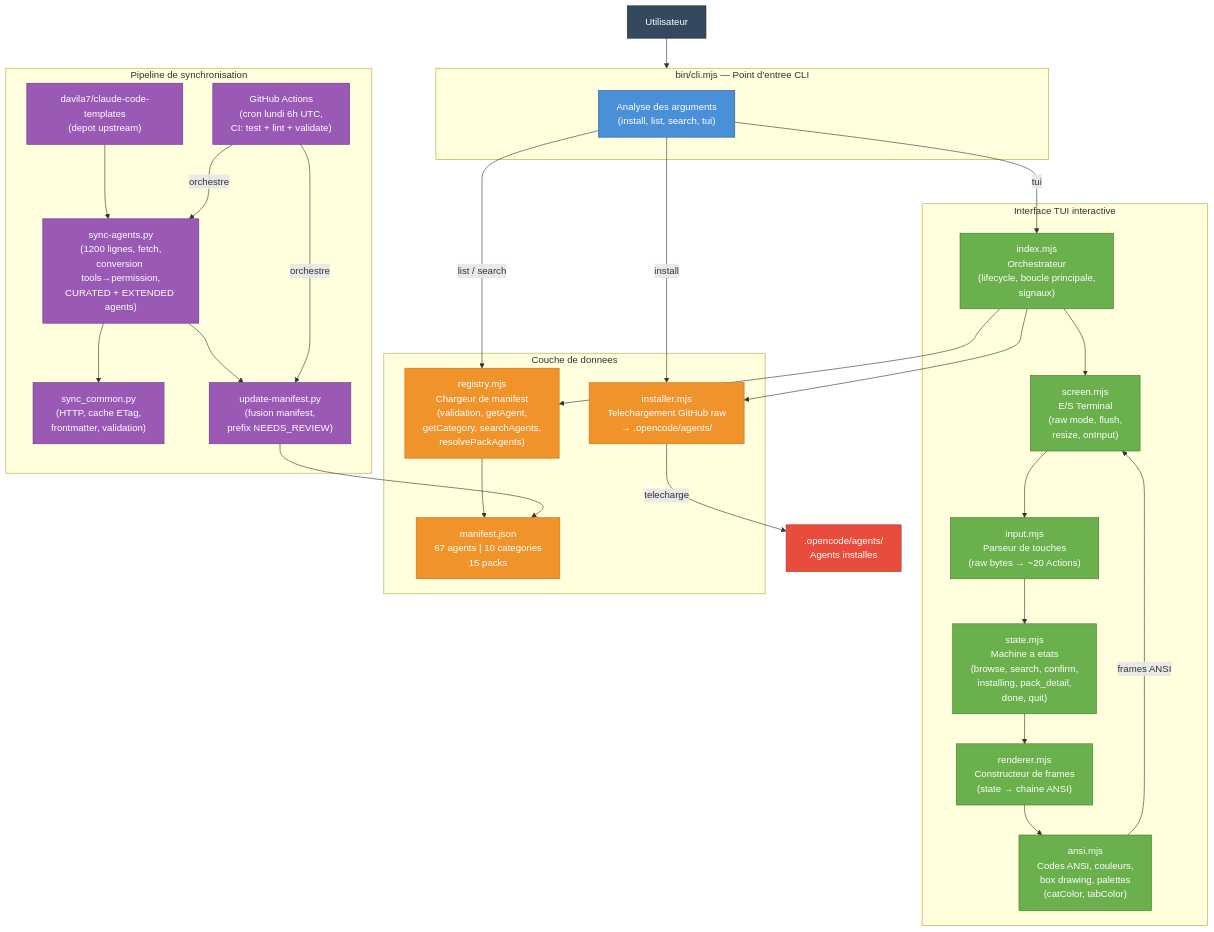
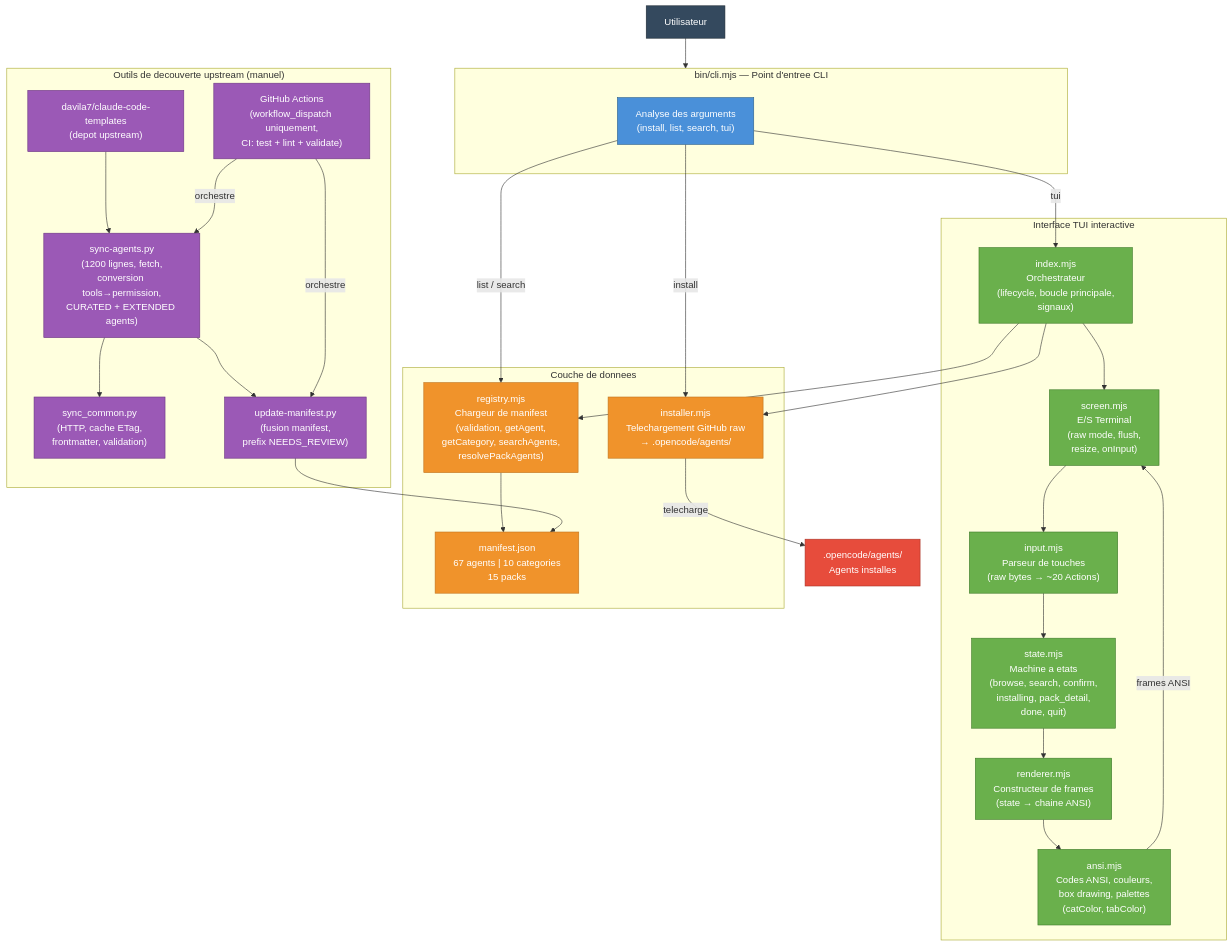
Before and after one commit to dmicheneau/opencode-template-agent: the first of 3 diagrams in docs/architecture.md, drawn with Mermaid. The commit also changed other lines of this file and 3 other files, not shown here.

First line of the commit message:
docs: reframe sync as upstream discovery tool, rewrite CONTRIBUTING

````diff
--- a/docs/architecture.md
+++ b/docs/architecture.md
@@ -14,71 +14,71 @@
 ```mermaid
 flowchart TB
     User["Utilisateur"]
 
     subgraph CLI["bin/cli.mjs — Point d'entree CLI"]
         Parse["Analyse des arguments<br/>(install, list, search, tui)"]
     end
 
     subgraph TUI["Interface TUI interactive"]
         Index["index.mjs<br/>Orchestrateur<br/>(lifecycle, boucle principale,<br/>signaux)"]
         Screen["screen.mjs<br/>E/S Terminal<br/>(raw mode, flush,<br/>resize, onInput)"]
         Input["input.mjs<br/>Parseur de touches<br/>(raw bytes → ~20 Actions)"]
         State["state.mjs<br/>Machine a etats<br/>(browse, search, confirm,<br/>installing, pack_detail,<br/>done, quit)"]
         Renderer["renderer.mjs<br/>Constructeur de frames<br/>(state → chaine ANSI)"]
         Ansi["ansi.mjs<br/>Codes ANSI, couleurs,<br/>box drawing, palettes<br/>(catColor, tabColor)"]
     end
 
     subgraph Data["Couche de donnees"]
         Registry["registry.mjs<br/>Chargeur de manifest<br/>(validation, getAgent,<br/>getCategory, searchAgents,<br/>resolvePackAgents)"]
         Manifest["manifest.json<br/>67 agents | 10 categories<br/>15 packs"]
         Installer["installer.mjs<br/>Telechargement GitHub raw<br/>→ .opencode/agents/"]
     end
 
-    subgraph Sync["Pipeline de synchronisation"]
+    subgraph Sync["Outils de decouverte upstream (manuel)"]
         Upstream["davila7/claude-code-templates<br/>(depot upstream)"]
         SyncScript["sync-agents.py<br/>(1200 lignes, fetch,<br/>conversion tools→permission,<br/>CURATED + EXTENDED agents)"]
         SyncCommon["sync_common.py<br/>(HTTP, cache ETag,<br/>frontmatter, validation)"]
         UpdateManifest["update-manifest.py<br/>(fusion manifest,<br/>prefix NEEDS_REVIEW)"]
-        GHA["GitHub Actions<br/>(cron lundi 6h UTC,<br/>CI: test + lint + validate)"]
+        GHA["GitHub Actions<br/>(workflow_dispatch uniquement,<br/>CI: test + lint + validate)"]
     end
 
     LocalDir[".opencode/agents/<br/>Agents installes"]
 
     User --> CLI
     Parse -->|"tui"| Index
     Parse -->|"install"| Installer
     Parse -->|"list / search"| Registry
 
     Index --> Screen
     Screen --> Input
     Input --> State
     State --> Renderer
     Renderer --> Ansi
     Ansi -->|"frames ANSI"| Screen
 
     Index --> Registry
     Index --> Installer
     Registry --> Manifest
     Installer -->|"telecharge"| LocalDir
 
     Upstream --> SyncScript
     SyncScript --> SyncCommon
     SyncScript --> UpdateManifest
     UpdateManifest --> Manifest
     GHA -->|"orchestre"| SyncScript
     GHA -->|"orchestre"| UpdateManifest
 
     classDef entrypoint fill:#4a90d9,stroke:#2c5f8a,color:#fff
     classDef tui fill:#6ab04c,stroke:#3d7a28,color:#fff
     classDef data fill:#f0932b,stroke:#c0741e,color:#fff
     classDef sync fill:#9b59b6,stroke:#6c3483,color:#fff
     classDef storage fill:#e74c3c,stroke:#a93226,color:#fff
     classDef user fill:#34495e,stroke:#1c2833,color:#fff
 
     class User user
     class Parse entrypoint
     class Index,Screen,Input,State,Renderer,Ansi tui
     class Registry,Manifest,Installer data
     class Upstream,SyncScript,SyncCommon,UpdateManifest,GHA sync
     class LocalDir storage
 ```
````
